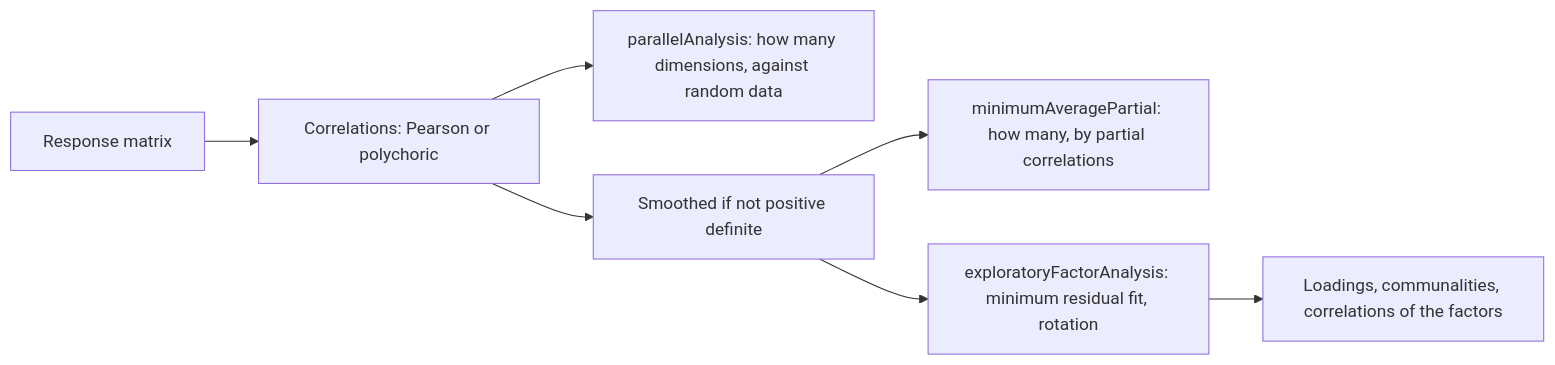
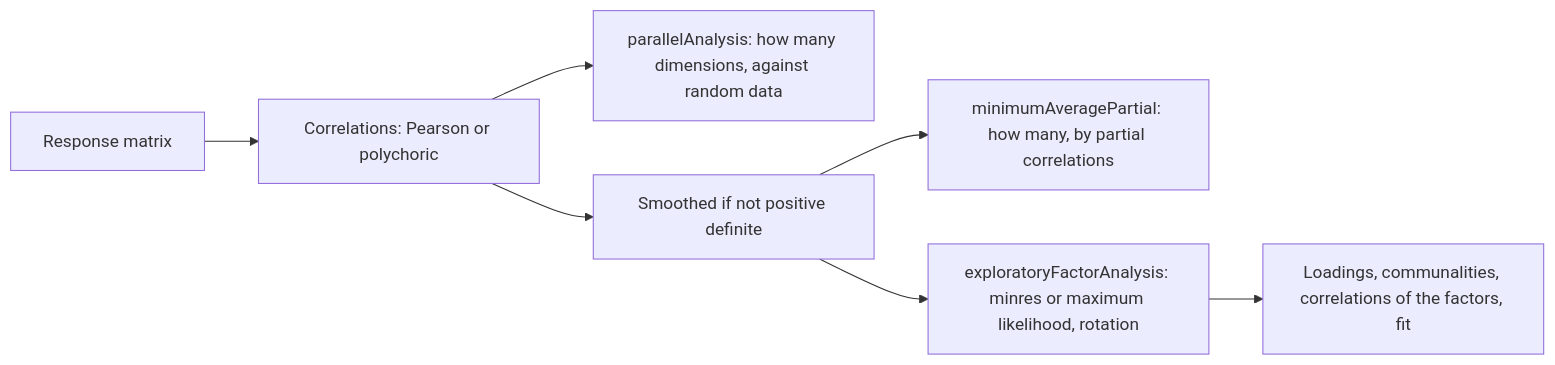
One commit to measurekit/measurekit changed the diagram in docs/psychometrics/dimensionality.md. Above: the diagram before and after it, drawn with Mermaid. The commit also changed other lines of this file and 18 other files, not shown here.

First line of the commit message:
Add maximum likelihood extraction and the fit of exploratory factors, against psych's fa and fa.stats

````diff
--- a/docs/psychometrics/dimensionality.md
+++ b/docs/psychometrics/dimensionality.md
@@ -10,9 +11,9 @@
 ```mermaid
 flowchart LR
   R["Response matrix"] --> C["Correlations: Pearson or polychoric"]
   C --> PA["parallelAnalysis: how many dimensions, against random data"]
   C --> S["Smoothed if not positive definite"]
   S --> MAP["minimumAveragePartial: how many, by partial correlations"]
-  S --> F["exploratoryFactorAnalysis: minimum residual fit, rotation"]
-  F --> L["Loadings, communalities, correlations of the factors"]
+  S --> F["exploratoryFactorAnalysis: minres or maximum likelihood, rotation"]
+  F --> L["Loadings, communalities, correlations of the factors, fit"]
 ```
````
